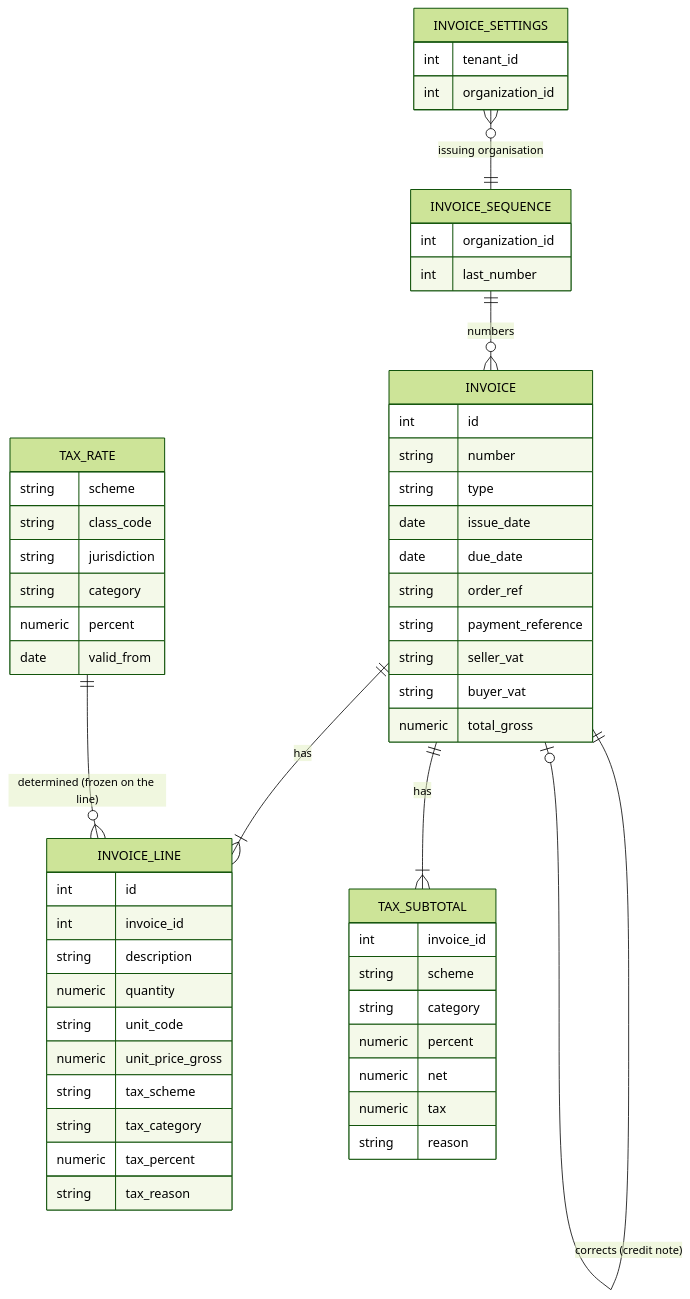
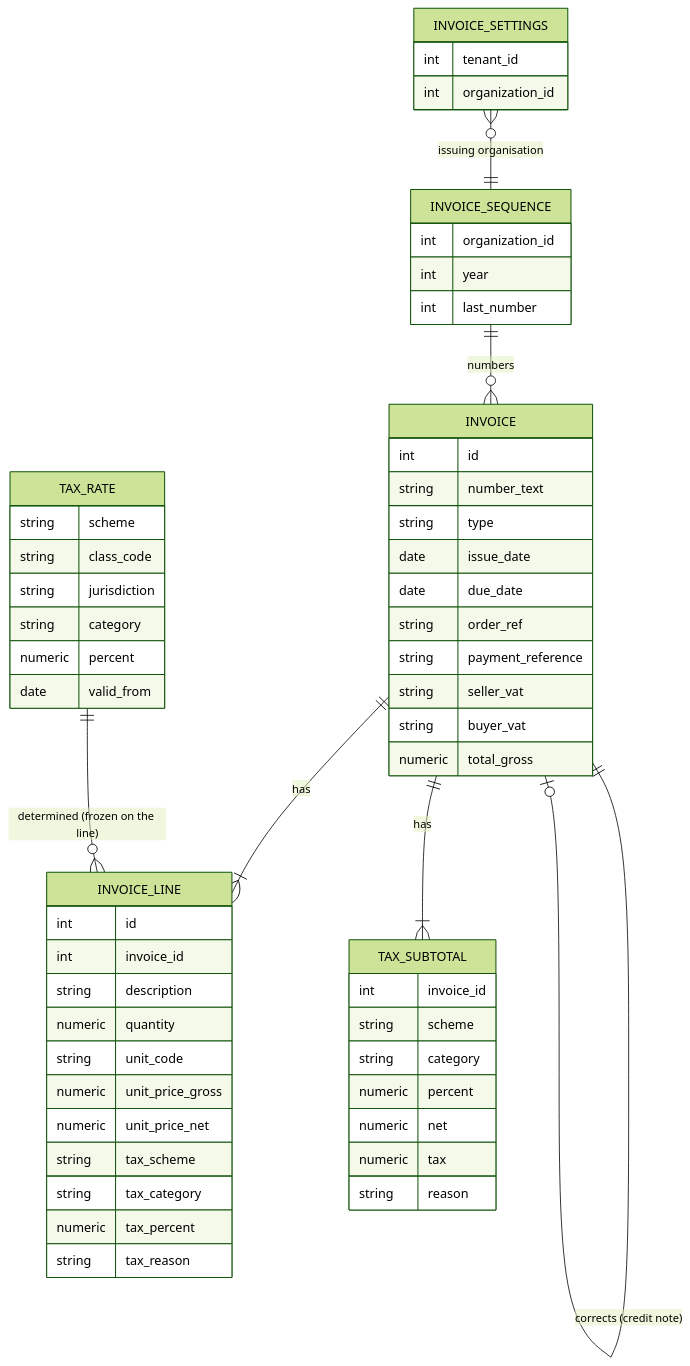
One commit to KoenRenders/KoenTest changed the fifth of 5 diagrams in docs/change_request_34_invoices.md. Above: the diagram before and after it, drawn with Mermaid (forest theme). The commit also changed other lines of this file and 1 other file, not shown here.

First line of the commit message:
docs(cr-34, cr-35): the architecture review taken in — provider interface, net unit price, tax class frozen on the order line, jobs, endpoint on the buyer copy

````diff
--- a/docs/change_request_34_invoices.md
+++ b/docs/change_request_34_invoices.md
@@ -316,15 +315,15 @@
 ```mermaid
 erDiagram
   INVOICE ||--|{ INVOICE_LINE : has
   INVOICE ||--|{ TAX_SUBTOTAL : has
   INVOICE ||--o| INVOICE : "corrects (credit note)"
   INVOICE_SEQUENCE ||--o{ INVOICE : numbers
   TAX_RATE ||--o{ INVOICE_LINE : "determined (frozen on the line)"
   INVOICE_SETTINGS }o--|| INVOICE_SEQUENCE : "issuing organisation"
-  INVOICE { int id string number string type date issue_date date due_date string order_ref string payment_reference string seller_vat string buyer_vat numeric total_gross }
-  INVOICE_LINE { int id int invoice_id string description numeric quantity string unit_code numeric unit_price_gross string tax_scheme string tax_category numeric tax_percent string tax_reason }
+  INVOICE { int id string number_text string type date issue_date date due_date string order_ref string payment_reference string seller_vat string buyer_vat numeric total_gross }
+  INVOICE_LINE { int id int invoice_id string description numeric quantity string unit_code numeric unit_price_gross numeric unit_price_net string tax_scheme string tax_category numeric tax_percent string tax_reason }
   TAX_SUBTOTAL { int invoice_id string scheme string category numeric percent numeric net numeric tax string reason }
-  INVOICE_SEQUENCE { int organization_id int last_number }
+  INVOICE_SEQUENCE { int organization_id int year int last_number }
   TAX_RATE { string scheme string class_code string jurisdiction string category numeric percent date valid_from }
   INVOICE_SETTINGS { int tenant_id int organization_id }
 ```
````
